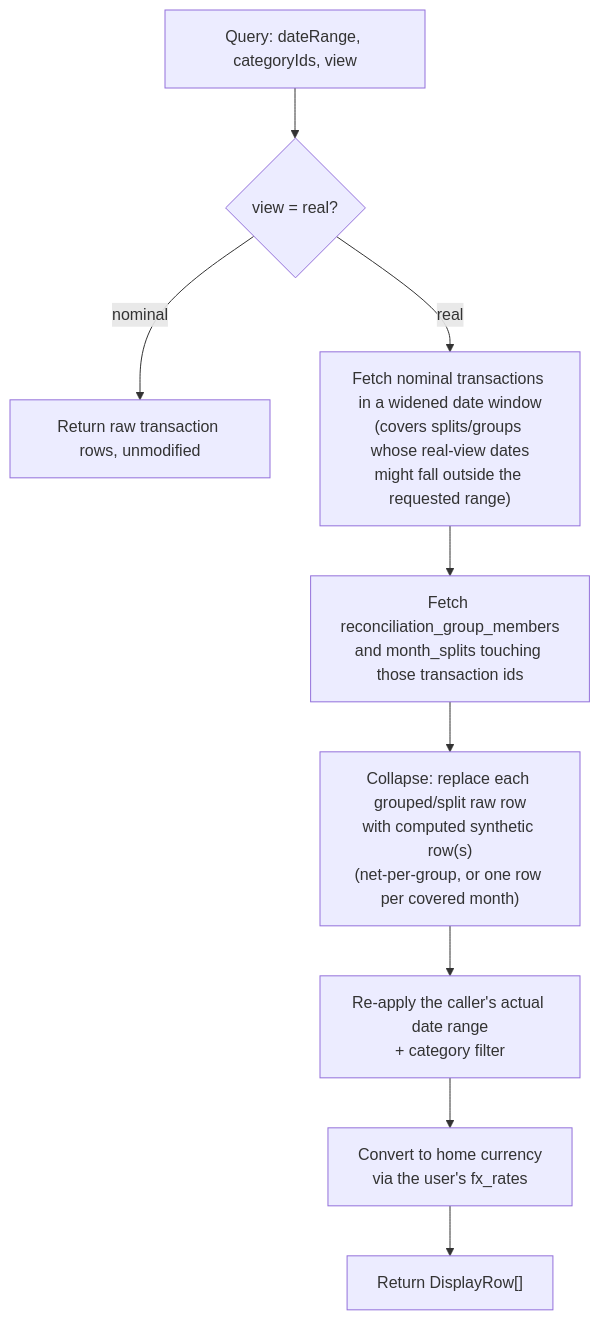
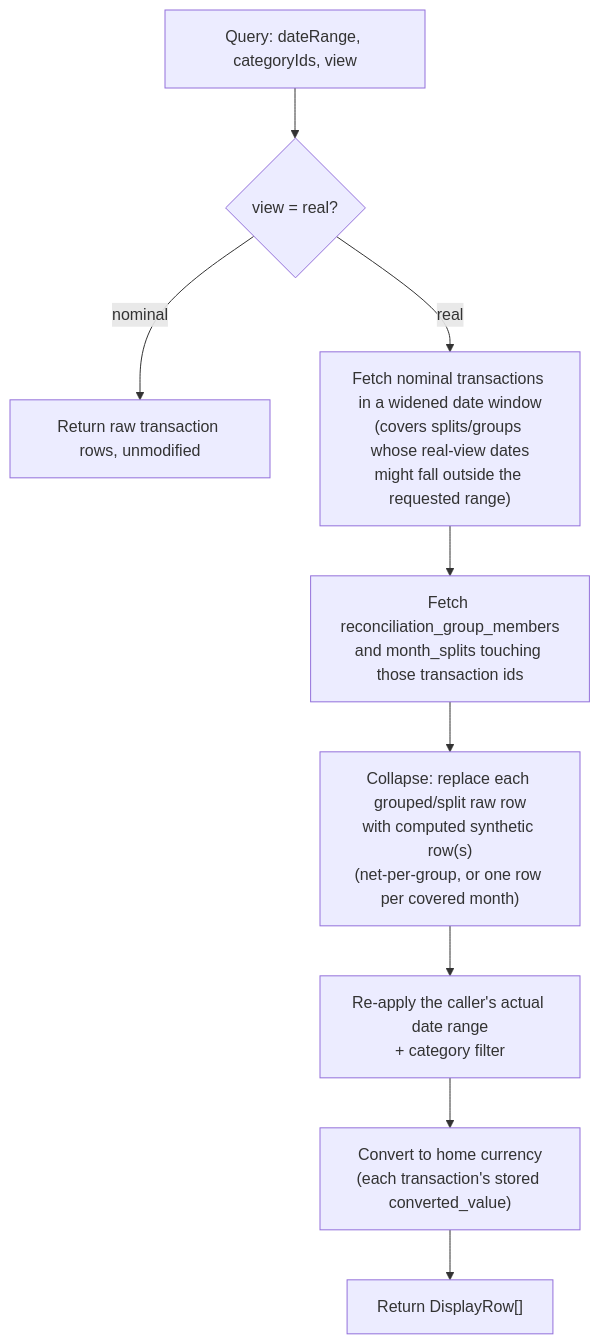
One commit to KarimSamaha98/FinAI changed the fourth of 5 diagrams in README.md. Above: the diagram before and after it, drawn with Mermaid. The commit also changed other lines of this file and 76 other files, not shown here.

````diff
--- a/README.md
+++ b/README.md
@@ -188,11 +188,11 @@
 ```mermaid
 flowchart TD
     Q["Query: dateRange, categoryIds, view"] --> N{"view = real?"}
     N -- nominal --> R1["Return raw transaction rows, unmodified"]
     N -- real --> W["Fetch nominal transactions in a widened date window<br/>(covers splits/groups whose real-view dates<br/>might fall outside the requested range)"]
     W --> G["Fetch reconciliation_group_members<br/>and month_splits touching those transaction ids"]
     G --> C["Collapse: replace each grouped/split raw row<br/>with computed synthetic row(s)<br/>(net-per-group, or one row per covered month)"]
     C --> F["Re-apply the caller's actual date range<br/>+ category filter"]
-    F --> X["Convert to home currency<br/>via the user's fx_rates"]
+    F --> X["Convert to home currency<br/>(each transaction's stored converted_value)"]
     X --> R2["Return DisplayRow[]"]
 ```
````
